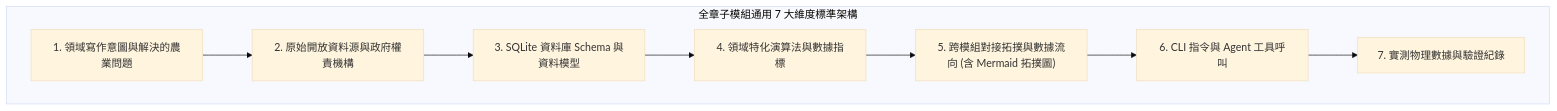
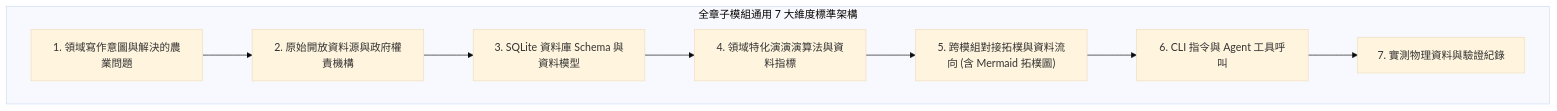
Before and after one commit to wuulong/tw-agro-db: the diagram in book/03_00_structure_guide.md, drawn with Mermaid (base theme). The commit also changed other lines of this file and 34 other files, not shown here.

````diff
--- a/book/03_00_structure_guide.md
+++ b/book/03_00_structure_guide.md
@@ -16,14 +16,14 @@
 ```mermaid
 flowchart TD
     subgraph Dimension["全章子模組通用 7 大維度標準架構"]
         D1["1. 領域寫作意圖與解決的農業問題"]
         D2["2. 原始開放資料源與政府權責機構"]
         D3["3. SQLite 資料庫 Schema 與資料模型"]
-        D4["4. 領域特化演算法與數據指標"]
-        D5["5. 跨模組對接拓撲與數據流向 (含 Mermaid 拓撲圖)"]
+        D4["4. 領域特化演演演算法與資料指標"]
+        D5["5. 跨模組對接拓樸與資料流向 (含 Mermaid 拓樸圖)"]
         D6["6. CLI 指令與 Agent 工具呼叫"]
-        D7["7. 實測物理數據與驗證紀錄"]
+        D7["7. 實測物理資料與驗證紀錄"]
     end
 
     D1 --> D2 --> D3 --> D4 --> D5 --> D6 --> D7
 ```
````
